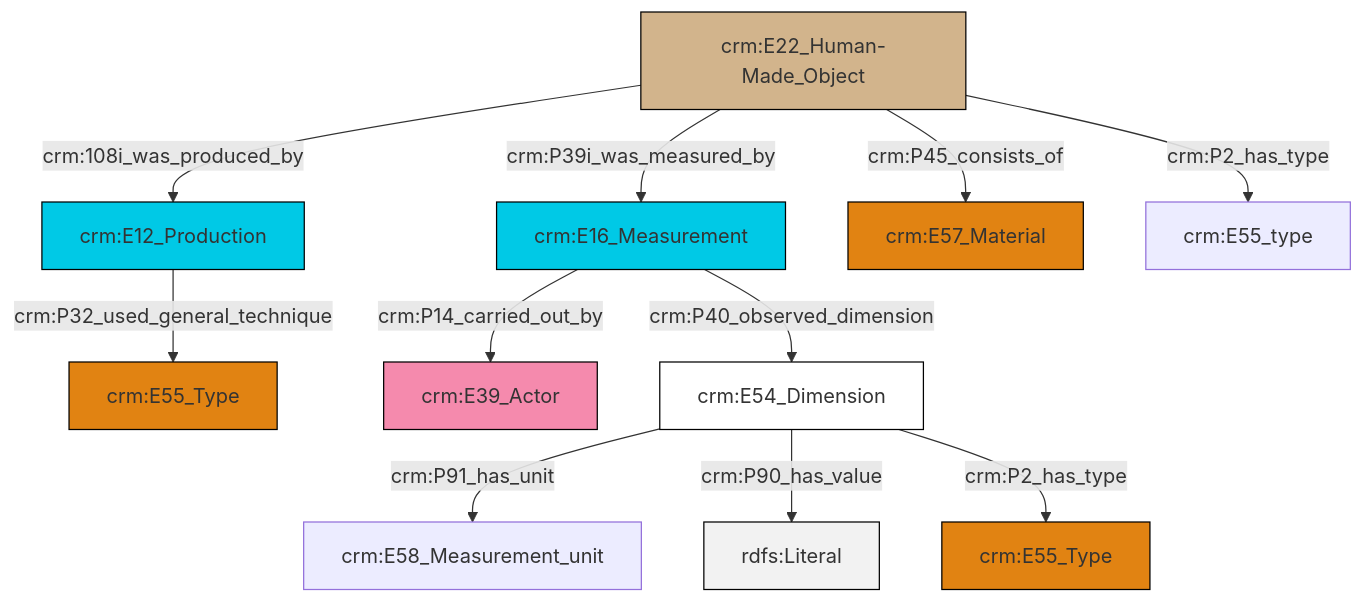
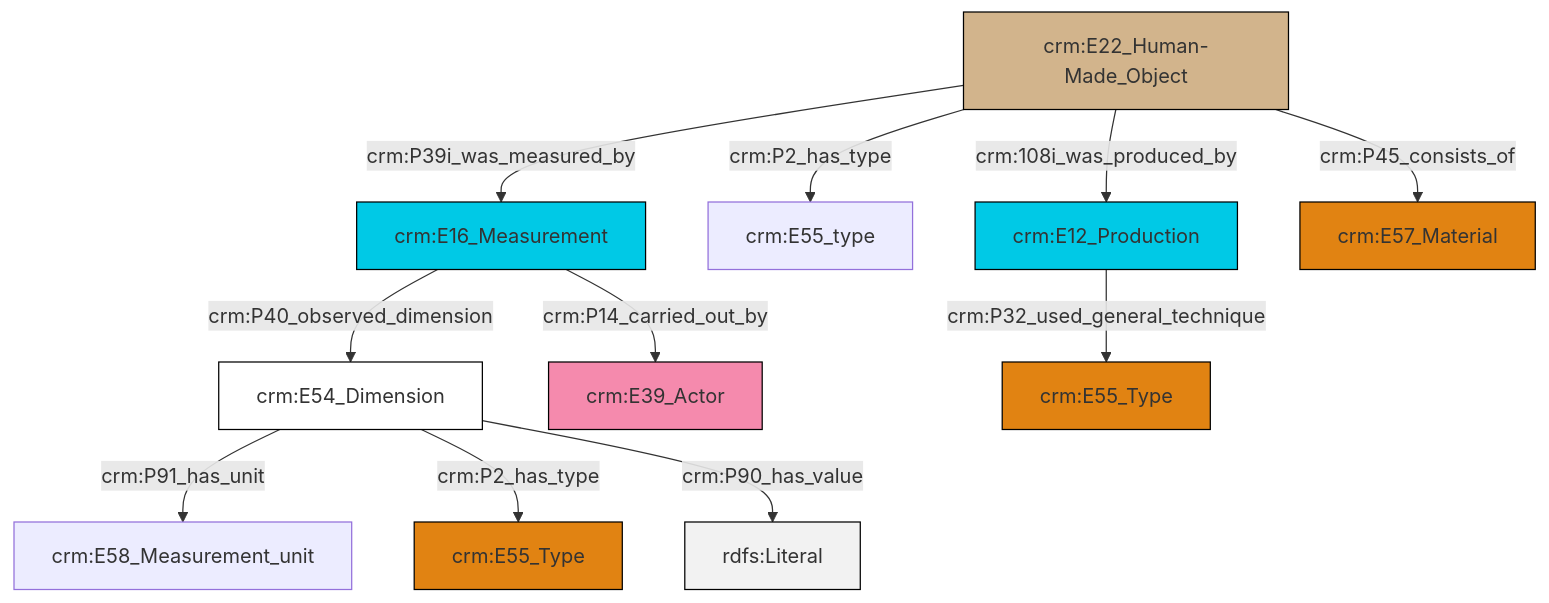
Before and after one commit to swiss-art-research-net/docs.swissartresearch: the diagram in et/builtWorkCSV/ttl/mmd/Built_Work_substance.ttl.mmd, drawn with Mermaid. The commit also changed 178 other files, not shown here.

```diff
--- a/et/builtWorkCSV/ttl/mmd/Built_Work_substance.ttl.mmd
+++ b/et/builtWorkCSV/ttl/mmd/Built_Work_substance.ttl.mmd
@@ -1,25 +1,25 @@
 graph TD
 classDef Literal fill:#f2f2f2,stroke:#000000;
 classDef CRM_Entity fill:#FFFFFF,stroke:#000000;
 classDef Temporal_Entity fill:#00C9E6, stroke:#000000;
 classDef Type fill:#E18312, stroke:#000000;
 classDef Time-Span fill:#2C9C91, stroke:#000000;
 classDef Appellation fill:#FFEB7F, stroke:#000000;
 classDef Place fill:#008836, stroke:#000000;
 classDef Persistent_Item fill:#B266B2, stroke:#000000;
 classDef Conceptual_Object fill:#FFD700, stroke:#000000;
 classDef Physical_Thing fill:#D2B48C, stroke:#000000;
 classDef Actor fill:#f58aad, stroke:#000000;
 classDef PC_Classes fill:#4ce600, stroke:#000000;
 classDef Multi fill:#cccccc,stroke:#000000;
 
-0["crm:E54_Dimension"]:::CRM_Entity -->|crm:P91_has_unit| 1["crm:E58_Measurement_unit"]:::Default
-3["crm:E22_Human-Made_Object"]:::Physical_Thing -->|crm:108i_was_produced_by| 4["crm:E12_Production"]:::Temporal_Entity
-3["crm:E22_Human-Made_Object"]:::Physical_Thing -->|crm:P39i_was_measured_by| 7["crm:E16_Measurement"]:::Temporal_Entity
-3["crm:E22_Human-Made_Object"]:::Physical_Thing -->|crm:P45_consists_of| 9["crm:E57_Material"]:::Type
-0["crm:E54_Dimension"]:::CRM_Entity -->|crm:P90_has_value| 13[rdfs:Literal]:::Literal
-0["crm:E54_Dimension"]:::CRM_Entity -->|crm:P2_has_type| 14["crm:E55_Type"]:::Type
-3["crm:E22_Human-Made_Object"]:::Physical_Thing -->|crm:P2_has_type| 16["crm:E55_type"]:::Default
-4["crm:E12_Production"]:::Temporal_Entity -->|crm:P32_used_general_technique| 5["crm:E55_Type"]:::Type
-7["crm:E16_Measurement"]:::Temporal_Entity -->|crm:P14_carried_out_by| 11["crm:E39_Actor"]:::Actor
-7["crm:E16_Measurement"]:::Temporal_Entity -->|crm:P40_observed_dimension| 0["crm:E54_Dimension"]:::CRM_Entity
+4["crm:E54_Dimension"]:::CRM_Entity -->|crm:P91_has_unit| 5["crm:E58_Measurement_unit"]:::Default
+6["crm:E22_Human-Made_Object"]:::Physical_Thing -->|crm:P39i_was_measured_by| 0["crm:E16_Measurement"]:::Temporal_Entity
+0["crm:E16_Measurement"]:::Temporal_Entity -->|crm:P14_carried_out_by| 7["crm:E39_Actor"]:::Actor
+6["crm:E22_Human-Made_Object"]:::Physical_Thing -->|crm:P2_has_type| 9["crm:E55_type"]:::Default
+13["crm:E12_Production"]:::Temporal_Entity -->|crm:P32_used_general_technique| 15["crm:E55_Type"]:::Type
+0["crm:E16_Measurement"]:::Temporal_Entity -->|crm:P40_observed_dimension| 4["crm:E54_Dimension"]:::CRM_Entity
+6["crm:E22_Human-Made_Object"]:::Physical_Thing -->|crm:P45_consists_of| 17["crm:E57_Material"]:::Type
+4["crm:E54_Dimension"]:::CRM_Entity -->|crm:P2_has_type| 2["crm:E55_Type"]:::Type
+6["crm:E22_Human-Made_Object"]:::Physical_Thing -->|crm:108i_was_produced_by| 13["crm:E12_Production"]:::Temporal_Entity
+4["crm:E54_Dimension"]:::CRM_Entity -->|crm:P90_has_value| 19[rdfs:Literal]:::Literal
```
